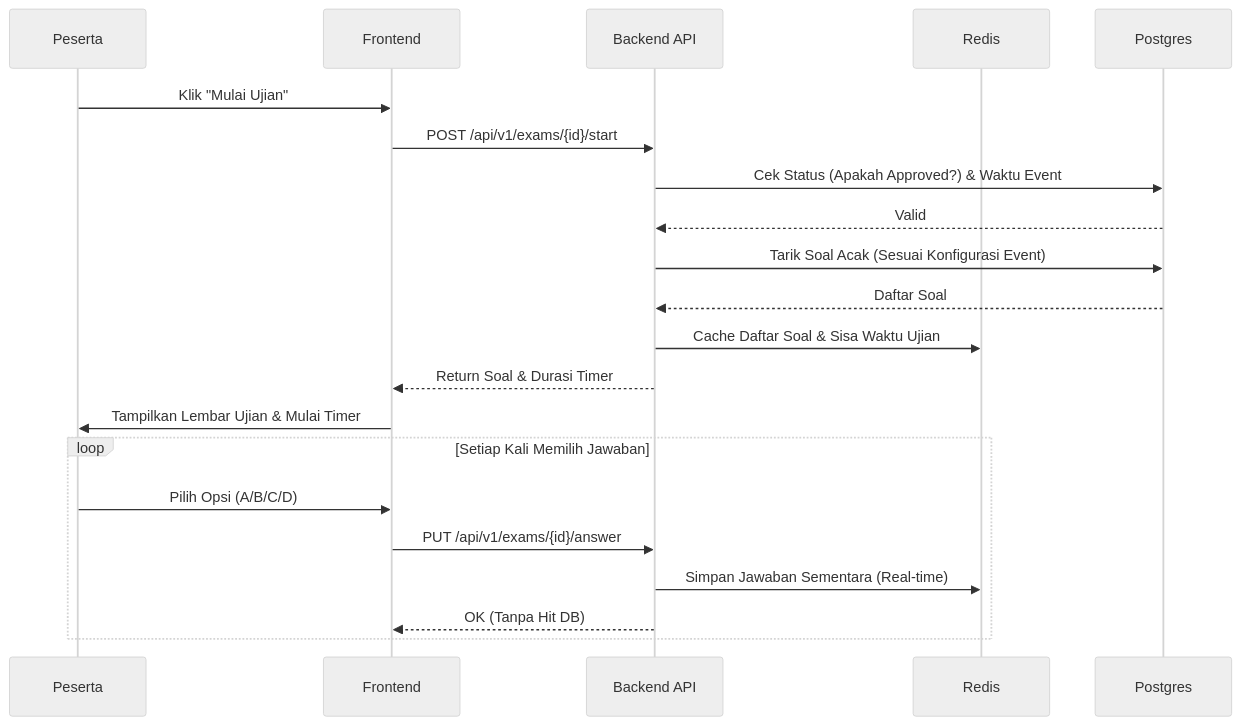
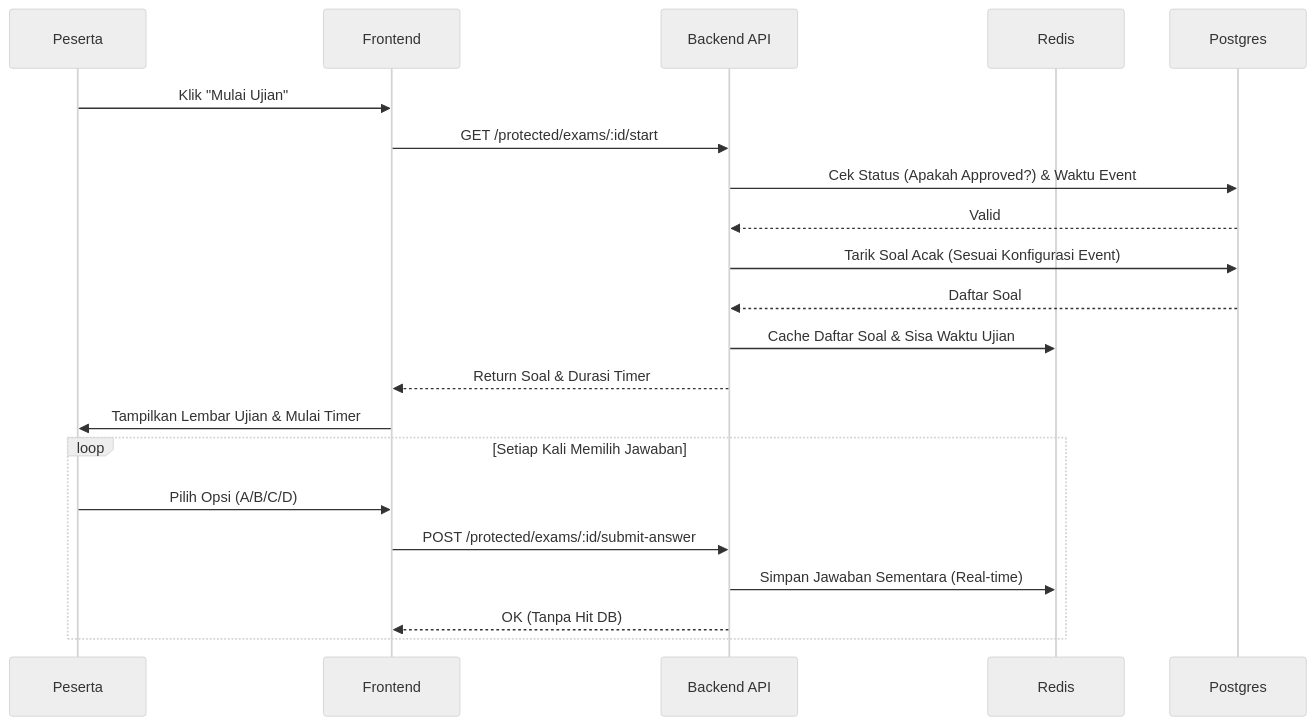
One commit to odealidj/pramuka-CAT changed the sixth of 11 diagrams in docs/sequence-diagrams.md. Above: the diagram before and after it, drawn with Mermaid (neutral theme). The commit also changed other lines of this file and 3 other files, not shown here.

````diff
--- a/docs/sequence-diagrams.md
+++ b/docs/sequence-diagrams.md
@@ -202,25 +203,25 @@
 ```mermaid
 sequenceDiagram
     participant P as Peserta
     participant F as Frontend
     participant B as Backend API
     participant R as Redis
     participant DB as Postgres
 
     P->>F: Klik "Mulai Ujian"
-    F->>B: POST /api/v1/exams/{id}/start
+    F->>B: GET /protected/exams/:id/start
     B->>DB: Cek Status (Apakah Approved?) & Waktu Event
     DB-->>B: Valid
     B->>DB: Tarik Soal Acak (Sesuai Konfigurasi Event)
     DB-->>B: Daftar Soal
     B->>R: Cache Daftar Soal & Sisa Waktu Ujian
     B-->>F: Return Soal & Durasi Timer
     F->>P: Tampilkan Lembar Ujian & Mulai Timer
 
     loop Setiap Kali Memilih Jawaban
         P->>F: Pilih Opsi (A/B/C/D)
-        F->>B: PUT /api/v1/exams/{id}/answer
+        F->>B: POST /protected/exams/:id/submit-answer
         B->>R: Simpan Jawaban Sementara (Real-time)
         B-->>F: OK (Tanpa Hit DB)
     end
 ```
````
